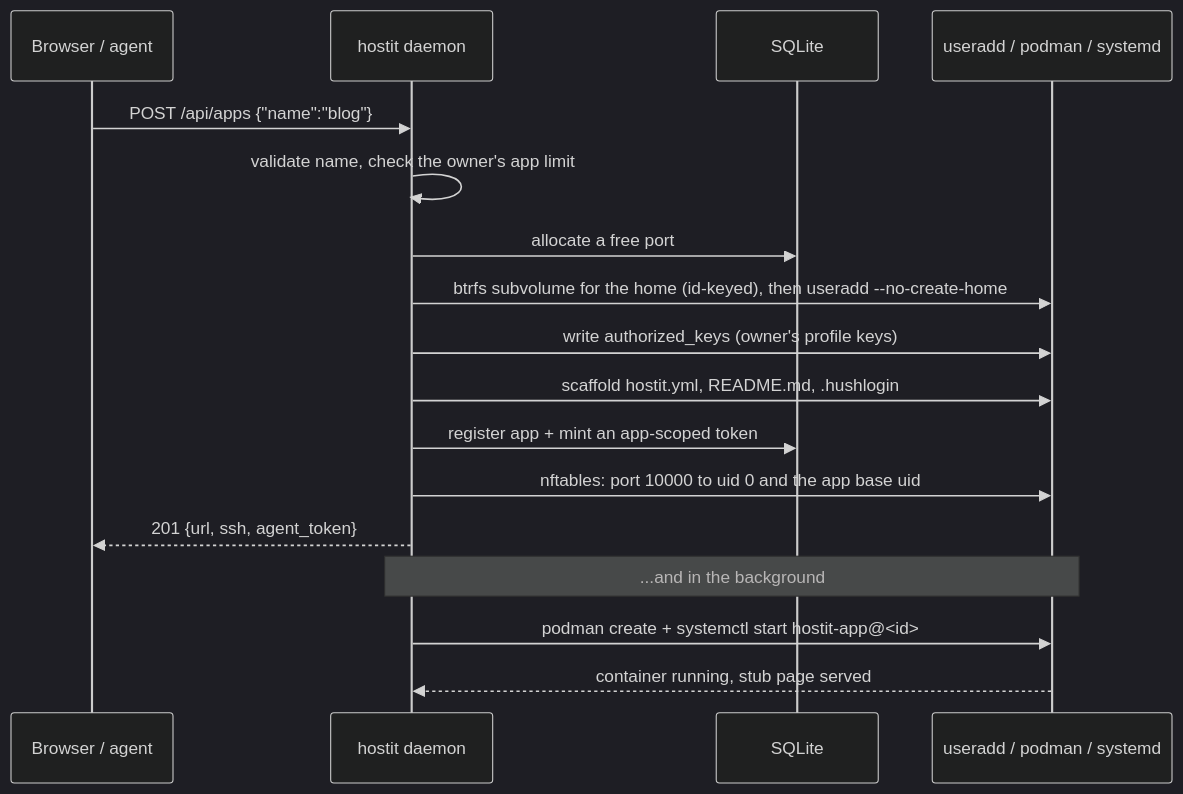
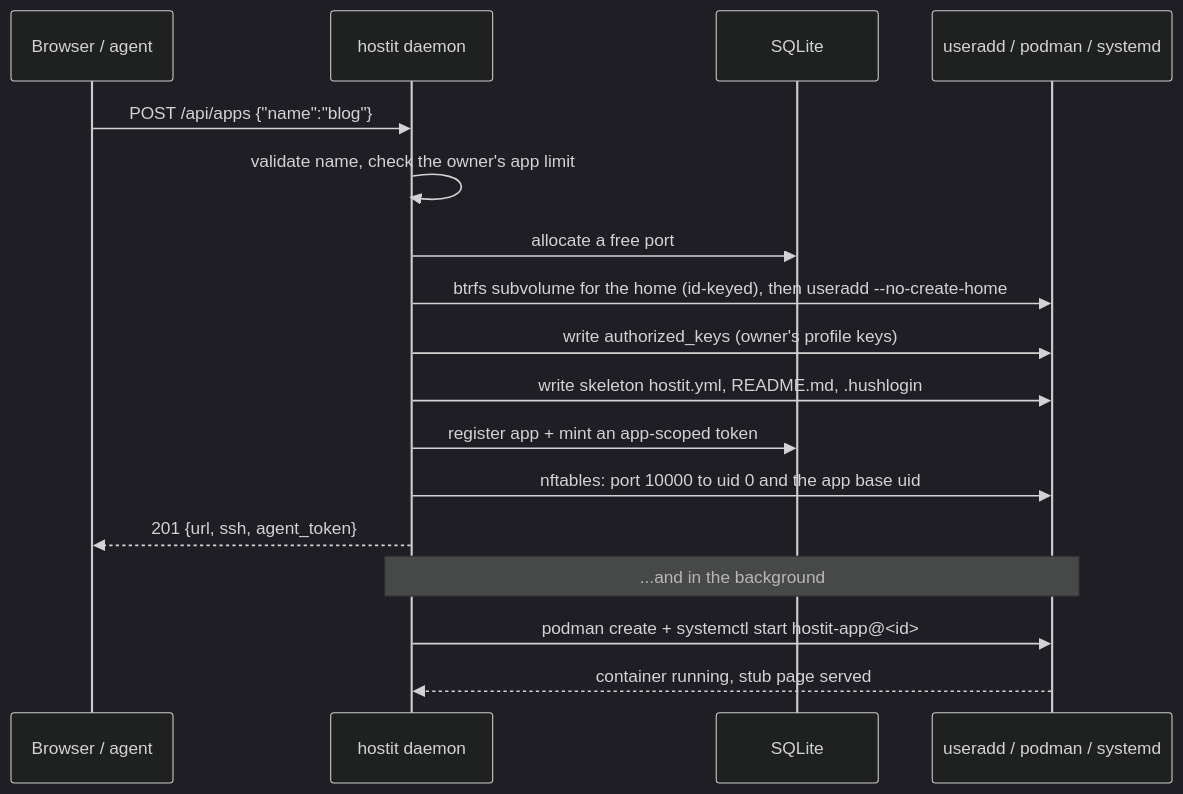
One commit to binwiederhier/hostit changed the second of 5 diagrams in docs/internal/architecture/flows.md. Above: the diagram before and after it, drawn with Mermaid (dark theme). The commit also changed other lines of this file and 26 other files, not shown here.

Commit message:
Rename scaffold -> skeleton throughout (files, identifiers, WriteSkeleton, docs)

````diff
--- a/docs/internal/architecture/flows.md
+++ b/docs/internal/architecture/flows.md
@@ -46,21 +46,21 @@
 ```mermaid
 sequenceDiagram
     participant U as Browser / agent
     participant D as hostit daemon
     participant S as SQLite
     participant OS as useradd / podman / systemd
 
     U->>D: POST /api/apps {"name":"blog"}
     D->>D: validate name, check the owner's app limit
     D->>S: allocate a free port
     D->>OS: btrfs subvolume for the home (id-keyed), then useradd --no-create-home
     D->>OS: write authorized_keys (owner's profile keys)
-    D->>OS: scaffold hostit.yml, README.md, .hushlogin
+    D->>OS: write skeleton hostit.yml, README.md, .hushlogin
     D->>S: register app + mint an app-scoped token
     D->>OS: nftables: port 10000 to uid 0 and the app base uid
     D-->>U: 201 {url, ssh, agent_token}
 
     Note over D,OS: ...and in the background
     D->>OS: podman create + systemctl start hostit-app@<id>
     OS-->>D: container running, stub page served
 ```
````
